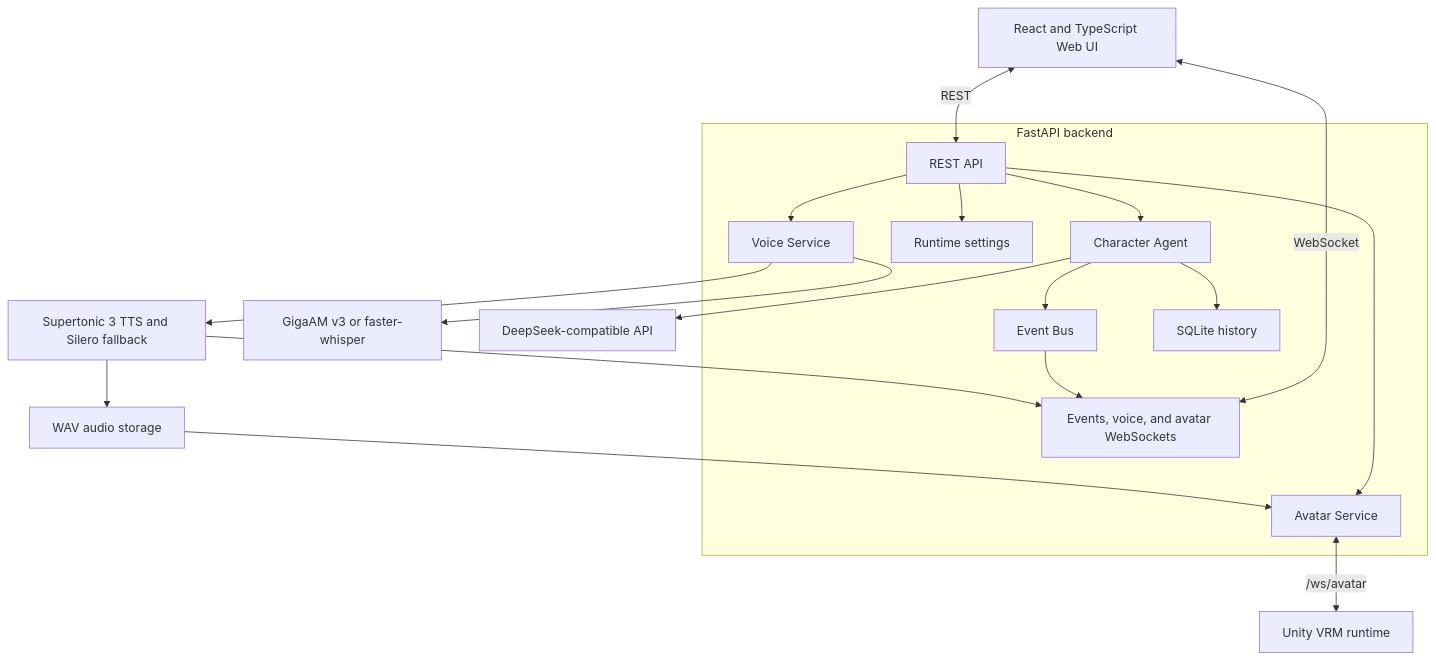
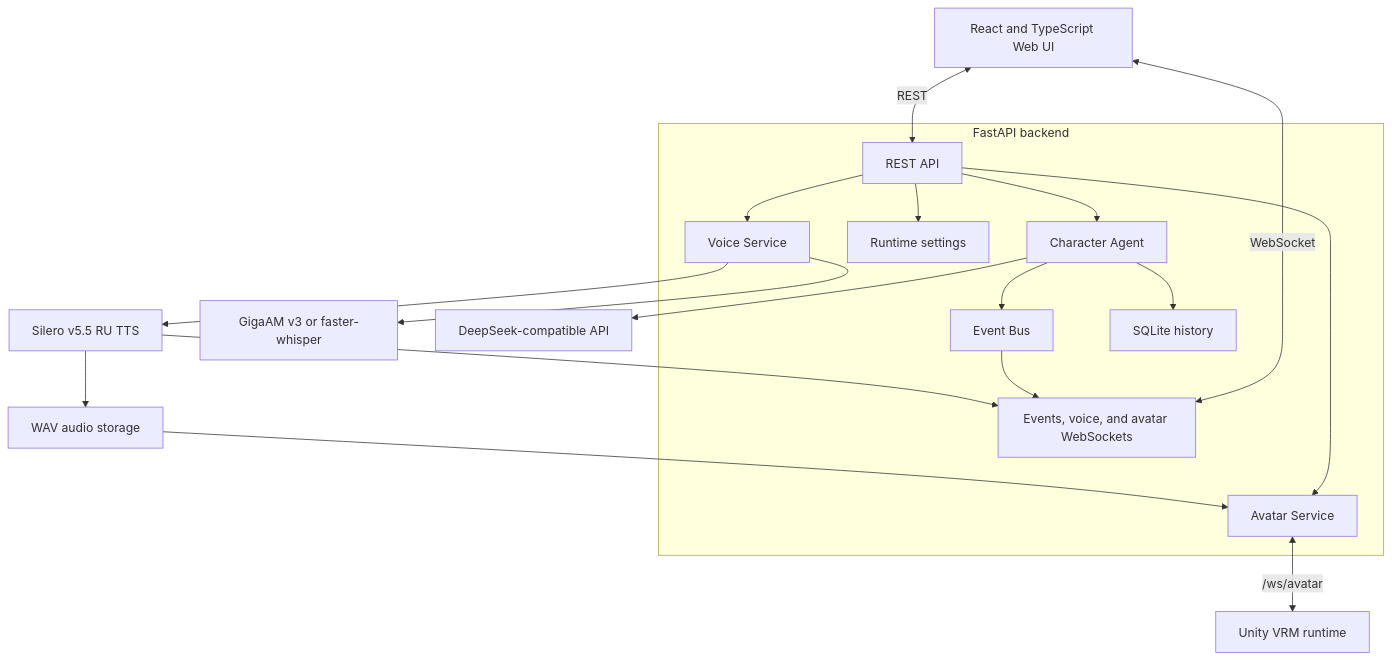
The second of 2 diagrams in README.md (bad1and/NeuroAsist), drawn with Mermaid before and after one commit. The commit also changed other lines of this file and 25 other files, not shown here.

First line of the commit message:
Silero v5_5_ru TTS (48 кГц)

````diff
--- a/README.md
+++ b/README.md
@@ -351,38 +334,38 @@
 ```mermaid
 flowchart TB
     UI[React and TypeScript Web UI]
 
     subgraph Backend[FastAPI backend]
         API[REST API]
         WS[Events, voice, and avatar WebSockets]
         Agent[Character Agent]
         Runtime[Runtime settings]
         Events[Event Bus]
         Voice[Voice Service]
         Avatar[Avatar Service]
         History[SQLite history]
     end
 
     STT[GigaAM v3 or faster-whisper]
     LLM[DeepSeek-compatible API]
-    TTS[Supertonic 3 TTS and Silero fallback]
+    TTS[Silero v5.5 RU TTS]
     Audio[WAV audio storage]
     Unity[Unity VRM runtime]
 
     UI <-->|REST| API
     UI <-->|WebSocket| WS
     API --> Agent
     API --> Voice
     API --> Runtime
     API --> Avatar
     Agent --> History
     Agent --> LLM
     Agent --> Events
     Voice --> STT
     Voice --> TTS
     TTS --> Audio
     Audio --> Avatar
     Avatar <-->|/ws/avatar| Unity
     Events --> WS
     TTS --> WS
 ```
````
